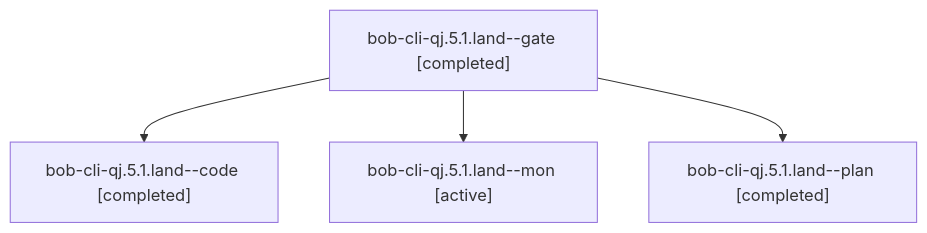
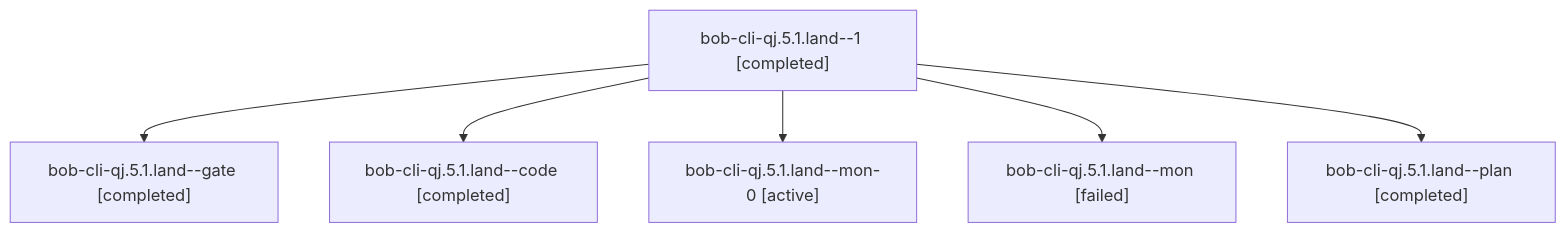
One commit to bobs-org/bob-cli--agents changed the diagram in sessions/bbugyi200.apollo.bob-cli-qj.5.1.land.md. Above: the diagram before and after it, drawn with Mermaid. The commit also changed other lines of this file and 57 other files, not shown here.

````diff
--- a/sessions/bbugyi200.apollo.bob-cli-qj.5.1.land.md
+++ b/sessions/bbugyi200.apollo.bob-cli-qj.5.1.land.md
@@ -9,10 +9,14 @@
 ```mermaid
 flowchart TD
-  n0["bob-cli-qj.5.1.land--gate [completed]"]
-  n1["bob-cli-qj.5.1.land--code [completed]"]
+  n0["bob-cli-qj.5.1.land--1 [completed]"]
+  n1["bob-cli-qj.5.1.land--gate [completed]"]
   n0 --> n1
-  n2["bob-cli-qj.5.1.land--mon [active]"]
+  n2["bob-cli-qj.5.1.land--code [completed]"]
   n0 --> n2
-  n3["bob-cli-qj.5.1.land--plan [completed]"]
+  n3["bob-cli-qj.5.1.land--mon-0 [active]"]
   n0 --> n3
+  n4["bob-cli-qj.5.1.land--mon [failed]"]
+  n0 --> n4
+  n5["bob-cli-qj.5.1.land--plan [completed]"]
+  n0 --> n5
 ```
````
